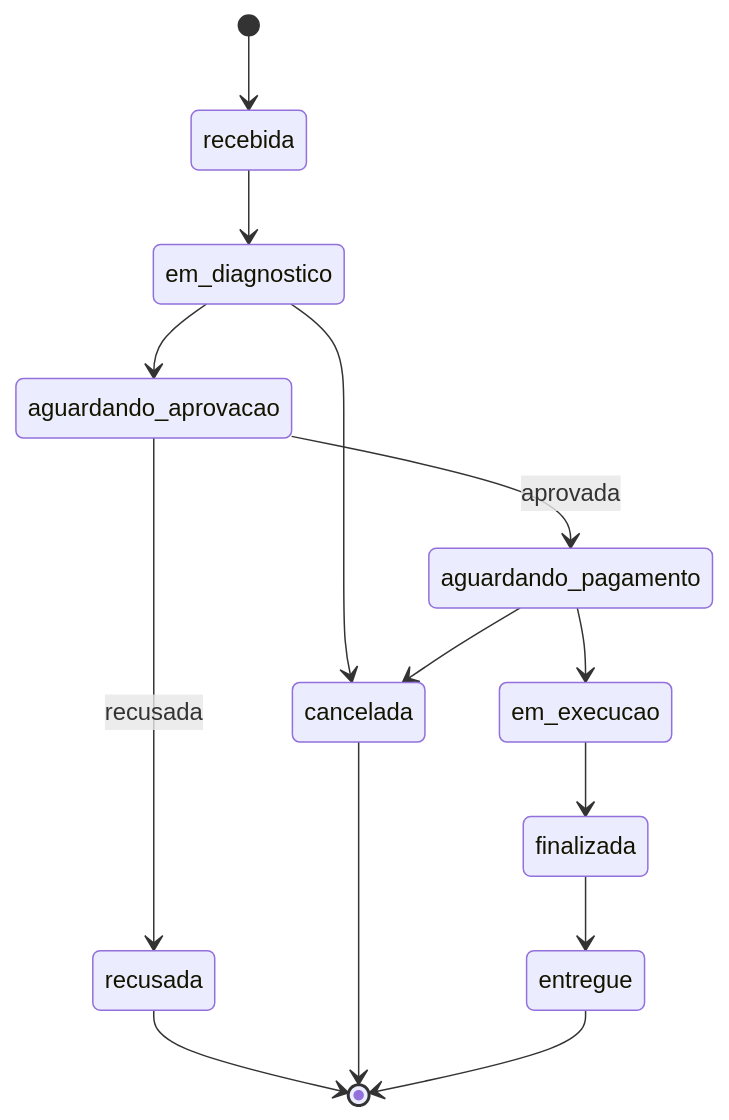
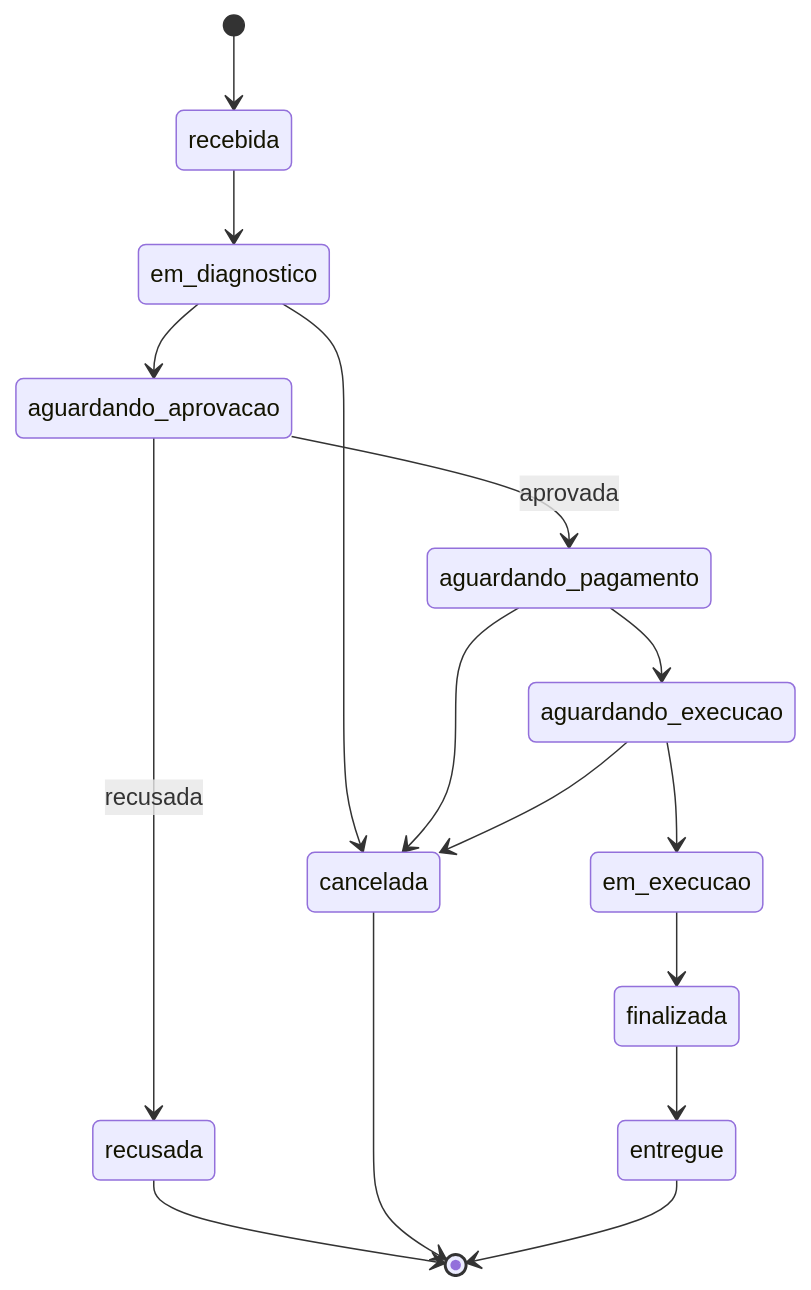
One commit to Jackeline2020/app-autoshop changed the fourth of 4 diagrams in docs/saga-flow.md. Above: the diagram before and after it, drawn with Mermaid. The commit also changed other lines of this file and 3 other files, not shown here.

````diff
--- a/docs/saga-flow.md
+++ b/docs/saga-flow.md
@@ -127,16 +130,18 @@
 ```mermaid
 stateDiagram-v2
     [*] --> recebida
     recebida --> em_diagnostico
     em_diagnostico --> aguardando_aprovacao
     em_diagnostico --> cancelada
     aguardando_aprovacao --> aguardando_pagamento: aprovada
     aguardando_aprovacao --> recusada: recusada
-    aguardando_pagamento --> em_execucao
+    aguardando_pagamento --> aguardando_execucao
     aguardando_pagamento --> cancelada
+    aguardando_execucao --> em_execucao
+    aguardando_execucao --> cancelada
     em_execucao --> finalizada
     finalizada --> entregue
     recusada --> [*]
     cancelada --> [*]
     entregue --> [*]
 ```
````
